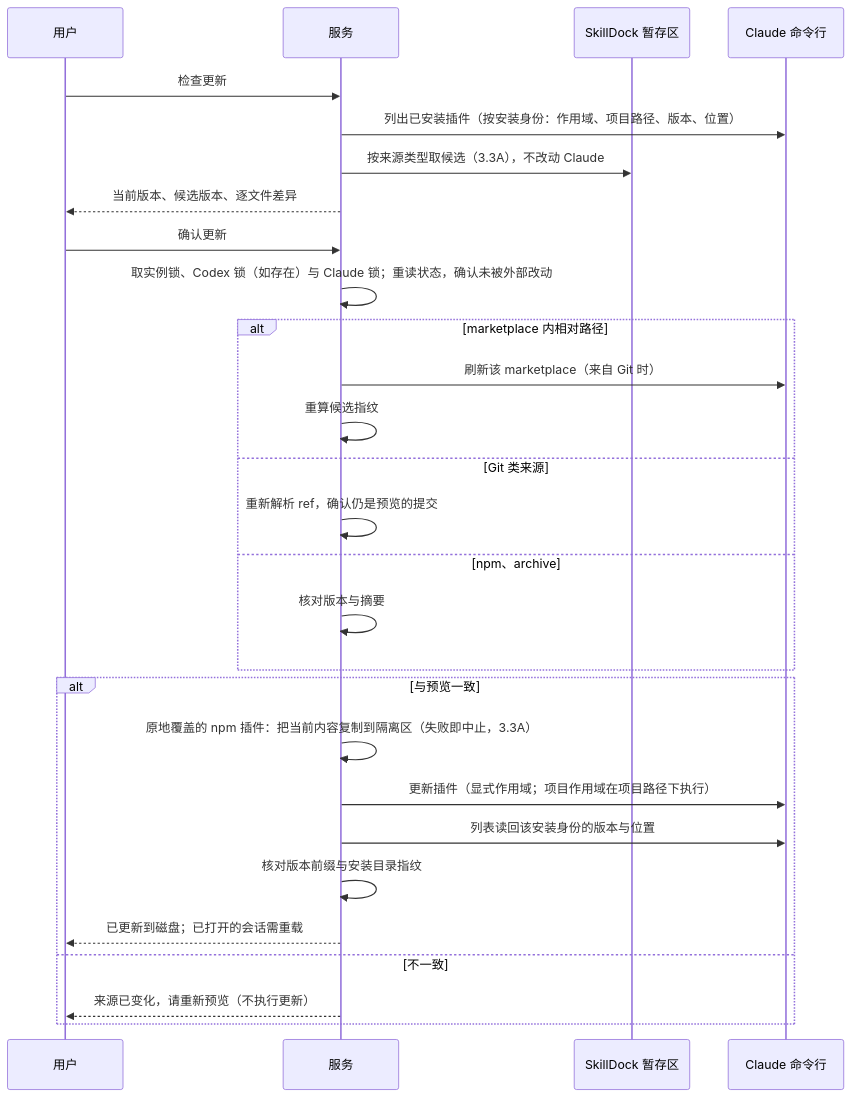
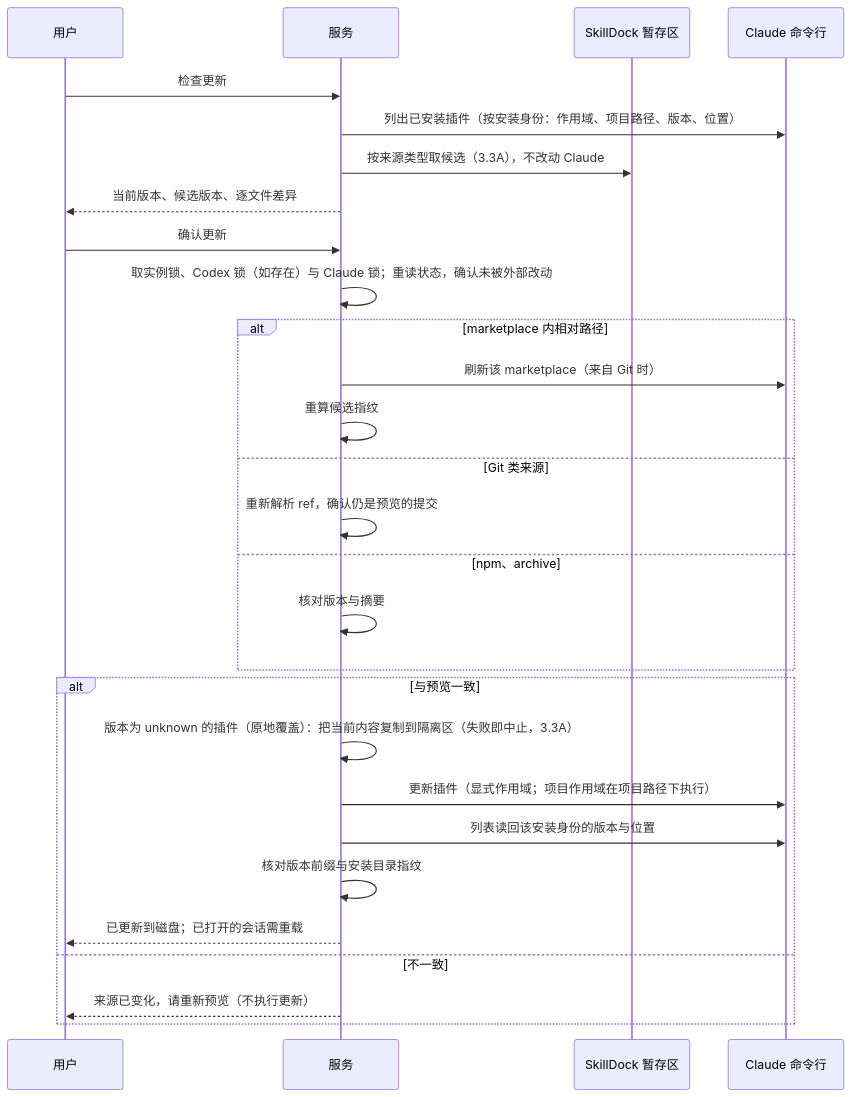
One commit to TestAny-io/testany-agent-skills changed the third of 6 diagrams in plugins/skilldock/skills/skill-manager/references/35-cross-agent-hld.md. Above: the diagram before and after it, drawn with Mermaid. The commit also changed other lines of this file and 15 other files, not shown here.

````diff
--- a/plugins/skilldock/skills/skill-manager/references/35-cross-agent-hld.md
+++ b/plugins/skilldock/skills/skill-manager/references/35-cross-agent-hld.md
@@ -927,30 +927,30 @@
 ```mermaid
 sequenceDiagram
     participant U as 用户
     participant SV as 服务
     participant TMP as SkillDock 暂存区
     participant CLI as Claude 命令行
     U->>SV: 检查更新
     SV->>CLI: 列出已安装插件（按安装身份：作用域、项目路径、版本、位置）
     SV->>TMP: 按来源类型取候选（3.3A），不改动 Claude
     SV-->>U: 当前版本、候选版本、逐文件差异
     U->>SV: 确认更新
     SV->>SV: 取实例锁、Codex 锁（如存在）与 Claude 锁；重读状态，确认未被外部改动
     alt marketplace 内相对路径
         SV->>CLI: 刷新该 marketplace（来自 Git 时）
         SV->>SV: 重算候选指纹
     else Git 类来源
         SV->>SV: 重新解析 ref，确认仍是预览的提交
     else npm、archive
         SV->>SV: 核对版本与摘要
     end
     alt 与预览一致
-        SV->>SV: 原地覆盖的 npm 插件：把当前内容复制到隔离区（失败即中止，3.3A）
+        SV->>SV: 版本为 unknown 的插件（原地覆盖）：把当前内容复制到隔离区（失败即中止，3.3A）
         SV->>CLI: 更新插件（显式作用域；项目作用域在项目路径下执行）
         SV->>CLI: 列表读回该安装身份的版本与位置
         SV->>SV: 核对版本前缀与安装目录指纹
         SV-->>U: 已更新到磁盘；已打开的会话需重载
     else 不一致
         SV-->>U: 来源已变化，请重新预览（不执行更新）
     end
 ```
````
